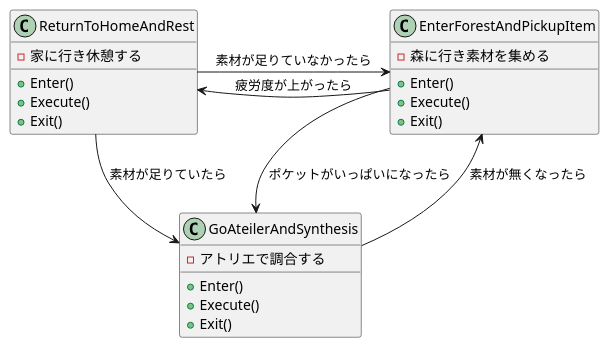
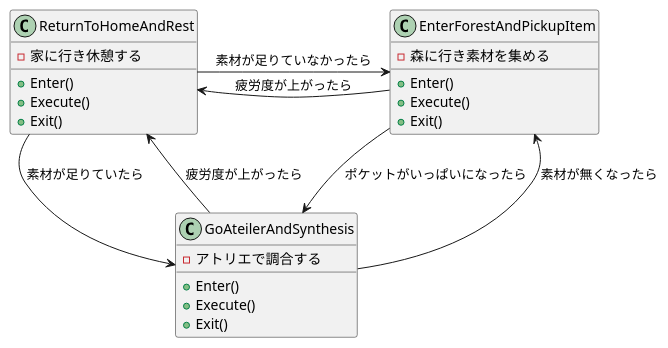
One commit to hobby-overflow/LearnFSM changed the diagram in uml.pu. Above: the diagram before and after it, drawn with PlantUML.

Commit message:
uml.pu updated

```diff
--- a/uml.pu
+++ b/uml.pu
@@ -1,27 +1,28 @@
 @startuml State Machine
 class ReturnToHomeAndRest{
     +Enter()
     +Execute()
     +Exit()
     -家に行き休憩する
 }
 class EnterForestAndPickupItem{
     +Enter()
     +Execute()
     +Exit()
     -森に行き素材を集める
 }
 class GoAteilerAndSynthesis{
     
     +Enter()
     +Execute()
     +Exit()
     -アトリエで調合する
     
 }
 ReturnToHomeAndRest->EnterForestAndPickupItem: 素材が足りていなかったら
 ReturnToHomeAndRest->GoAteilerAndSynthesis: 素材が足りていたら
 EnterForestAndPickupItem-->GoAteilerAndSynthesis: ポケットがいっぱいになったら
 EnterForestAndPickupItem->ReturnToHomeAndRest: 疲労度が上がったら
 GoAteilerAndSynthesis-->EnterForestAndPickupItem: 素材が無くなったら
+GoAteilerAndSynthesis->ReturnToHomeAndRest: 疲労度が上がったら
 @enduml
```
